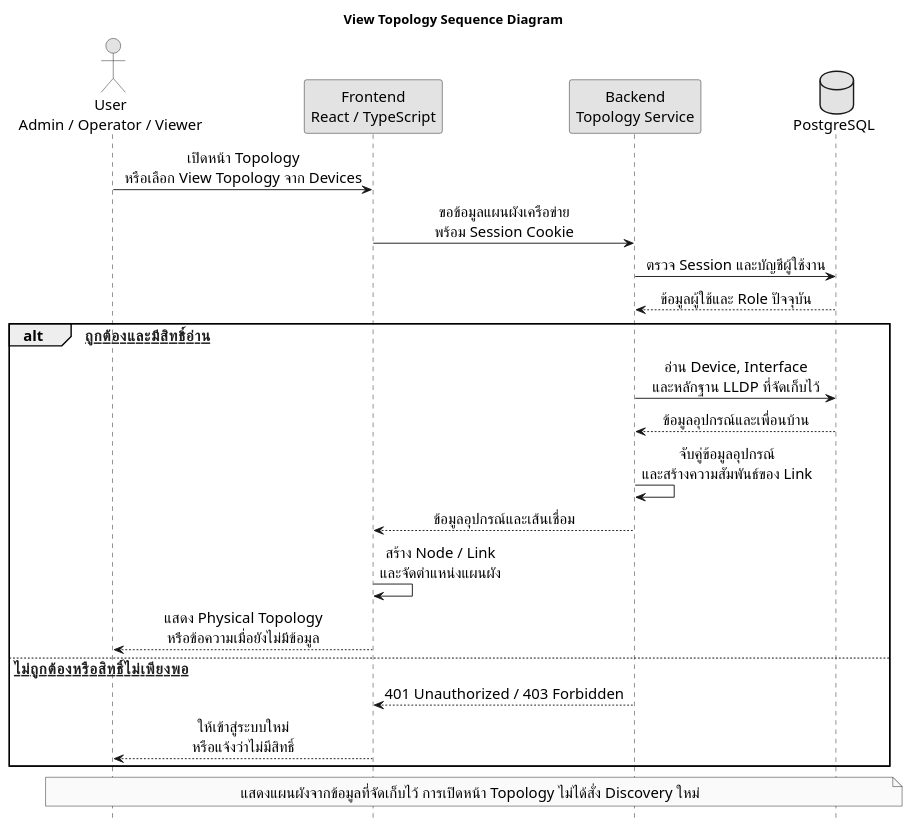
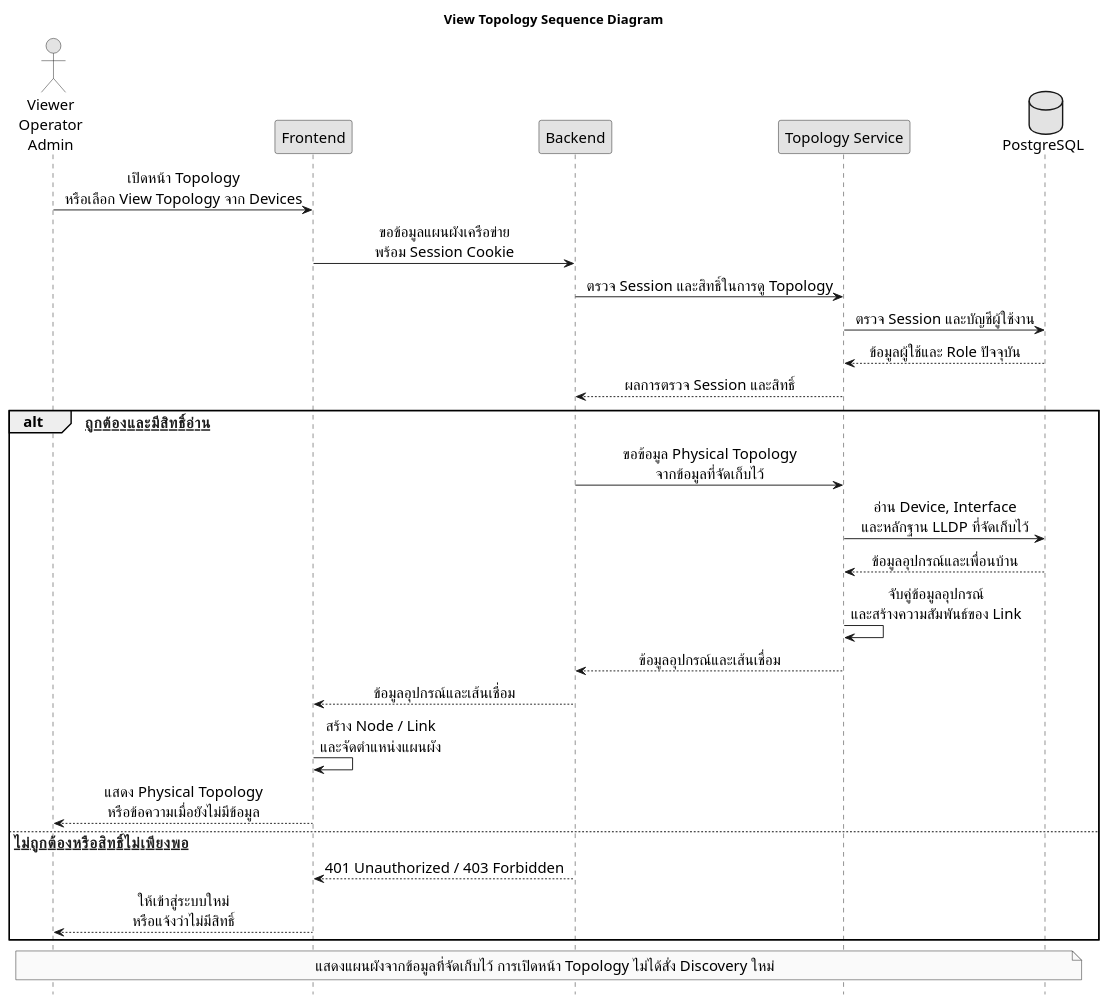
One commit to napgat/NyNetMate-Research changed the diagram in outputs/thesis/sequence-diagram/naphat/fig-3-12-view-topology.puml. Above: the diagram before and after it, drawn with PlantUML. The commit also changed 99 other files, not shown here.

Commit message:
docs: update thesis sequence diagrams and UI design artifacts

```diff
--- a/outputs/thesis/sequence-diagram/naphat/fig-3-12-view-topology.puml
+++ b/outputs/thesis/sequence-diagram/naphat/fig-3-12-view-topology.puml
@@ -1,29 +1,34 @@
 @startuml
 hide footbox
 skinparam monochrome true
 skinparam defaultFontName Tahoma
 skinparam defaultFontSize 16
 skinparam sequenceMessageAlign center
 skinparam responseMessageBelowArrow true
 title View Topology Sequence Diagram
-actor "User\nAdmin / Operator / Viewer" as U
-participant "Frontend\nReact / TypeScript" as F
-participant "Backend\nTopology Service" as B
+actor "Viewer\nOperator\nAdmin" as U
+participant "Frontend" as F
+participant "Backend" as B
+participant "Topology Service" as S
 database "PostgreSQL" as D
 U -> F : เปิดหน้า Topology\nหรือเลือก View Topology จาก Devices
 F -> B : ขอข้อมูลแผนผังเครือข่าย\nพร้อม Session Cookie
-B -> D : ตรวจ Session และบัญชีผู้ใช้งาน
-D --> B : ข้อมูลผู้ใช้และ Role ปัจจุบัน
+B -> S : ตรวจ Session และสิทธิ์ในการดู Topology
+S -> D : ตรวจ Session และบัญชีผู้ใช้งาน
+D --> S : ข้อมูลผู้ใช้และ Role ปัจจุบัน
+S --> B : ผลการตรวจ Session และสิทธิ์
 alt [Session ถูกต้องและมีสิทธิ์อ่าน]
-B -> D : อ่าน Device, Interface\nและหลักฐาน LLDP ที่จัดเก็บไว้
-D --> B : ข้อมูลอุปกรณ์และเพื่อนบ้าน
-B -> B : จับคู่ข้อมูลอุปกรณ์\nและสร้างความสัมพันธ์ของ Link
+B -> S : ขอข้อมูล Physical Topology\nจากข้อมูลที่จัดเก็บไว้
+S -> D : อ่าน Device, Interface\nและหลักฐาน LLDP ที่จัดเก็บไว้
+D --> S : ข้อมูลอุปกรณ์และเพื่อนบ้าน
+S -> S : จับคู่ข้อมูลอุปกรณ์\nและสร้างความสัมพันธ์ของ Link
+S --> B : ข้อมูลอุปกรณ์และเส้นเชื่อม
 B --> F : ข้อมูลอุปกรณ์และเส้นเชื่อม
 F -> F : สร้าง Node / Link\nและจัดตำแหน่งแผนผัง
 F --> U : แสดง Physical Topology\nหรือข้อความเมื่อยังไม่มีข้อมูล
 else [Session ไม่ถูกต้องหรือสิทธิ์ไม่เพียงพอ]
 B --> F : 401 Unauthorized / 403 Forbidden
 F --> U : ให้เข้าสู่ระบบใหม่\nหรือแจ้งว่าไม่มีสิทธิ์
 end
 note over U,D : แสดงแผนผังจากข้อมูลที่จัดเก็บไว้ การเปิดหน้า Topology ไม่ได้สั่ง Discovery ใหม่
 @enduml
```
